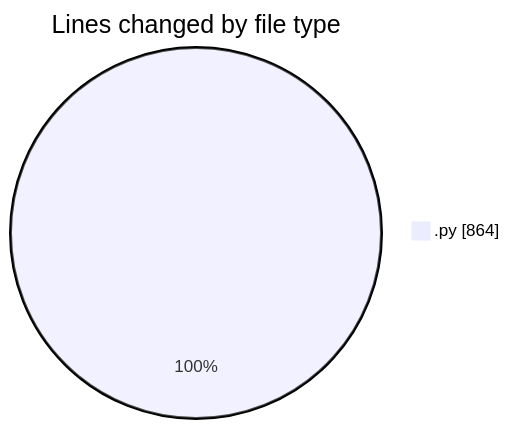
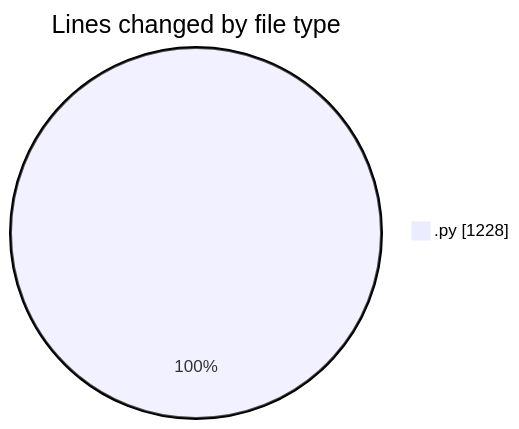
The first of 2 diagrams in 2025-03-01/myws__workspace_/README.md (MatusMokan/code-tracking), drawn with Mermaid before and after one commit. The commit also changed other lines of this file and 1 other file, not shown here.

````diff
--- a/2025-03-01/myws__workspace_/README.md
+++ b/2025-03-01/myws__workspace_/README.md
@@ -21,5 +22,5 @@
 ```mermaid
 pie showData
 title Lines changed by file type
-".py" : 864
+".py" : 1228
 ```
````
